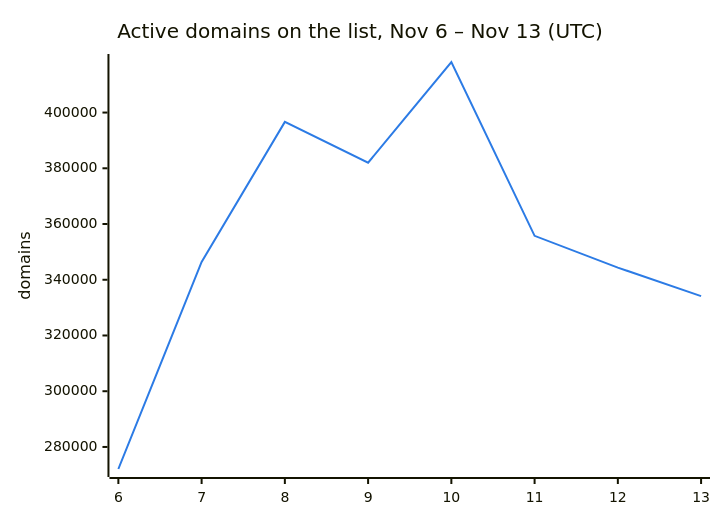
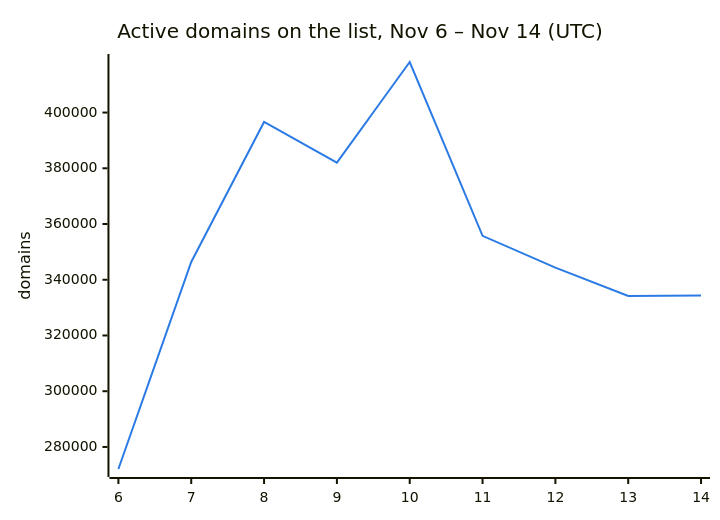
The second of 3 diagrams in README.md (DNSBunker/CTI), drawn with Mermaid before and after one commit. The commit also changed other lines of this file and 4 other files, not shown here.

First line of the commit message:
Update 2026-11-14 00:00 UTC: 334363 domains

````diff
--- a/README.md
+++ b/README.md
@@ -38,8 +38,8 @@
 ```mermaid
 %%{init: {"themeVariables": {"xyChart": {"plotColorPalette": "#2c7be5"}}}}%%
 xychart-beta
-    title "Active domains on the list, Nov 6 – Nov 13 (UTC)"
-    x-axis ["6", "7", "8", "9", "10", "11", "12", "13"]
+    title "Active domains on the list, Nov 6 – Nov 14 (UTC)"
+    x-axis ["6", "7", "8", "9", "10", "11", "12", "13", "14"]
     y-axis "domains"
-    line [272088, 346388, 396638, 382009, 418143, 355765, 344361, 334127]
+    line [272088, 346388, 396638, 382009, 418143, 355765, 344361, 334208, 334363]
 ```
````
